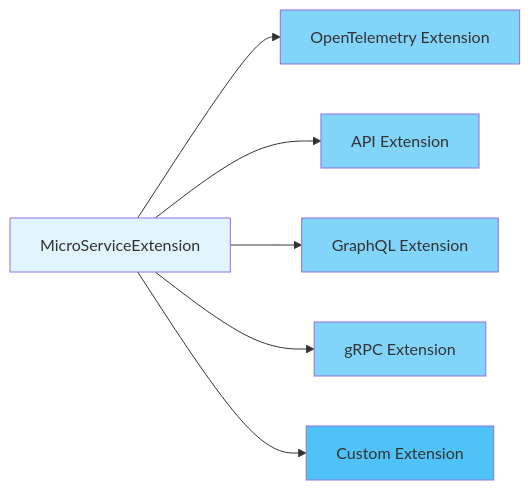
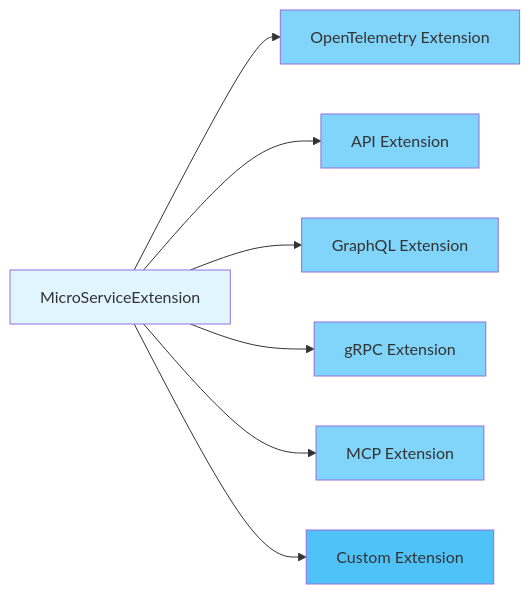
One commit to cloud-tek/hive changed the third of 5 diagrams in hive.microservices/src/Hive.MicroServices/README.md. Above: the diagram before and after it, drawn with Mermaid. The commit also changed other lines of this file and 3 other files, not shown here.

First line of the commit message:
docs: document the Hive.MicroServices.Mcp pipeline mode

````diff
--- a/hive.microservices/src/Hive.MicroServices/README.md
+++ b/hive.microservices/src/Hive.MicroServices/README.md
@@ -145,22 +146,25 @@
 ```mermaid
 graph LR
     MicroServiceExtension[MicroServiceExtension]
     OpenTelemetry[OpenTelemetry Extension]
     Api[API Extension]
     GraphQL[GraphQL Extension]
     Grpc[gRPC Extension]
+    Mcp[MCP Extension]
     Custom[Custom Extension]
 
     MicroServiceExtension --> OpenTelemetry
     MicroServiceExtension --> Api
     MicroServiceExtension --> GraphQL
     MicroServiceExtension --> Grpc
+    MicroServiceExtension --> Mcp
     MicroServiceExtension --> Custom
 
     style MicroServiceExtension fill:#e1f5ff
     style OpenTelemetry fill:#81d4fa
     style Api fill:#81d4fa
     style GraphQL fill:#81d4fa
     style Grpc fill:#81d4fa
+    style Mcp fill:#81d4fa
     style Custom fill:#4fc3f7
 ```
````
